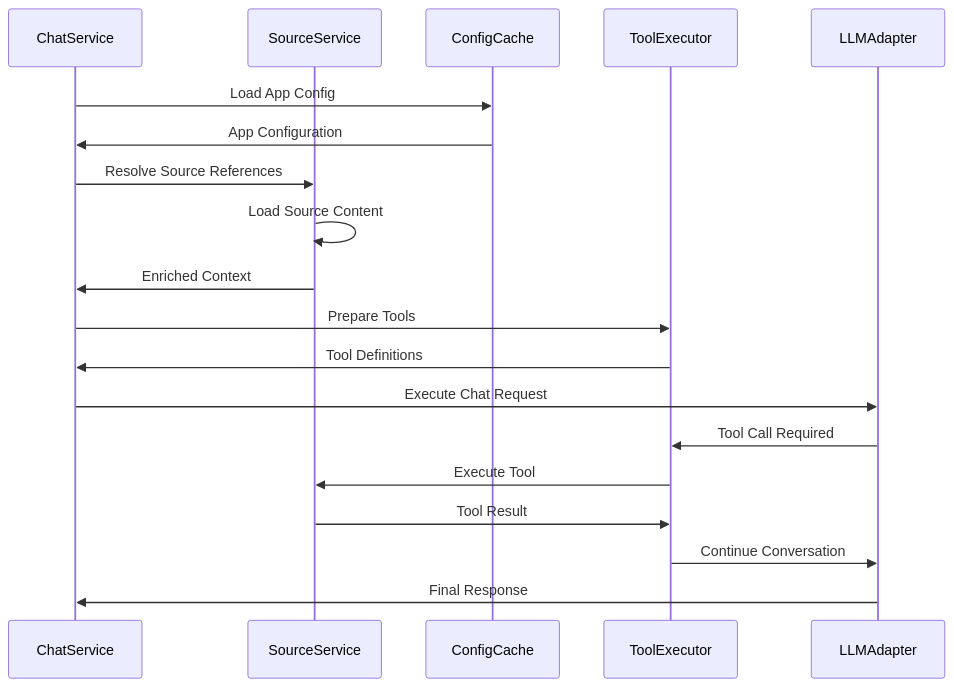
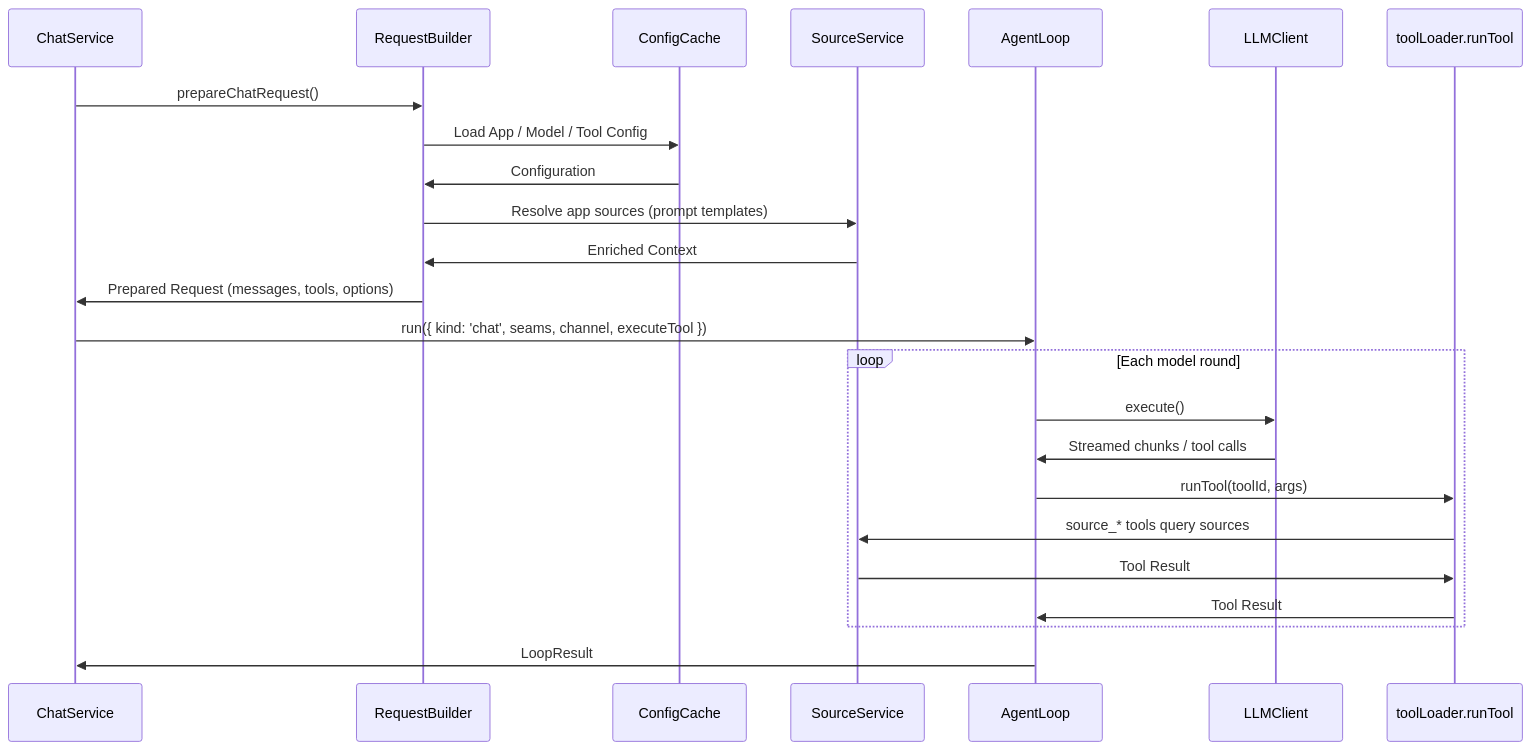
One commit to intrafind/ihub-apps changed diagram 18 of 20 in docs/architecture.md. Above: the diagram before and after it, drawn with Mermaid. The commit also changed other lines of this file and 238 other files, not shown here.

````diff
--- a/docs/architecture.md
+++ b/docs/architecture.md
@@ -911,22 +959,27 @@
 ```mermaid
 sequenceDiagram
     participant ChatService
+    participant RequestBuilder
+    participant ConfigCache
     participant SourceService
-    participant ConfigCache
-    participant ToolExecutor
-    participant LLMAdapter
-    
-    ChatService->>ConfigCache: Load App Config
-    ConfigCache->>ChatService: App Configuration
-    ChatService->>SourceService: Resolve Source References
-    SourceService->>SourceService: Load Source Content
-    SourceService->>ChatService: Enriched Context
-    ChatService->>ToolExecutor: Prepare Tools
-    ToolExecutor->>ChatService: Tool Definitions
-    ChatService->>LLMAdapter: Execute Chat Request
-    LLMAdapter->>ToolExecutor: Tool Call Required
-    ToolExecutor->>SourceService: Execute Tool
-    SourceService->>ToolExecutor: Tool Result
-    ToolExecutor->>LLMAdapter: Continue Conversation
-    LLMAdapter->>ChatService: Final Response
+    participant AgentLoop
+    participant LLMClient
+    participant ToolLoader as toolLoader.runTool
+
+    ChatService->>RequestBuilder: prepareChatRequest()
+    RequestBuilder->>ConfigCache: Load App / Model / Tool Config
+    ConfigCache->>RequestBuilder: Configuration
+    RequestBuilder->>SourceService: Resolve app sources (prompt templates)
+    SourceService->>RequestBuilder: Enriched Context
+    RequestBuilder->>ChatService: Prepared Request (messages, tools, options)
+    ChatService->>AgentLoop: run({ kind: 'chat', seams, channel, executeTool })
+    loop Each model round
+        AgentLoop->>LLMClient: execute()
+        LLMClient->>AgentLoop: Streamed chunks / tool calls
+        AgentLoop->>ToolLoader: runTool(toolId, args)
+        ToolLoader->>SourceService: source_* tools query sources
+        SourceService->>ToolLoader: Tool Result
+        ToolLoader->>AgentLoop: Tool Result
+    end
+    AgentLoop->>ChatService: LoopResult
 ```
````
